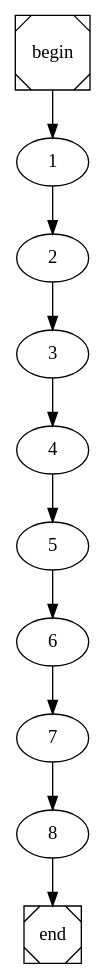
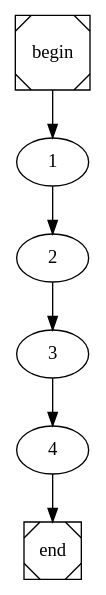
One commit to TiagooGomess/COMP2021-1B changed the diagram in main.dot. Above: the diagram before and after it, drawn with Graphviz. The commit also changed 4 other files, not shown here.

```diff
--- a/main.dot
+++ b/main.dot
@@ -1,4 +1,4 @@
 digraph cfg {
 	begin [shape=Msquare];
 	end [shape=Msquare];
-	begin -> 1;	1 -> 2;	2 -> 3;	3 -> 4;	4 -> 5;	5 -> 6;	6 -> 7;	7 -> 8;	8 -> end;}
+	begin -> 1;	1 -> 2;	2 -> 3;	3 -> 4;	4 -> end;}
```
